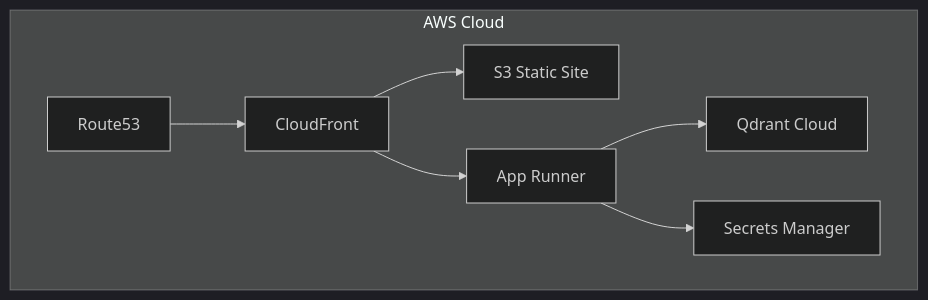
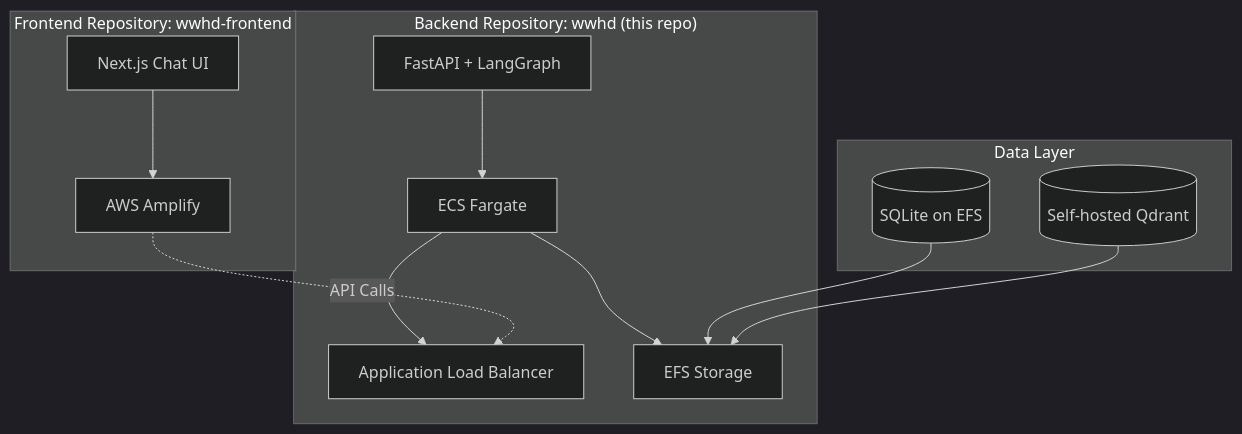
One commit to wbaxterh/wwhd changed the diagram in DEPLOYMENT.md. Above: the diagram before and after it, drawn with Mermaid (dark theme). The commit also changed other lines of this file and 7 other files, not shown here.

````diff
--- a/DEPLOYMENT.md
+++ b/DEPLOYMENT.md
@@ -7,17 +7,27 @@
 ```mermaid
 graph TB
-    subgraph "AWS Cloud"
-        R53[Route53]
-        CF[CloudFront]
-        S3[S3 Static Site]
-        AR[App Runner]
-        QC[Qdrant Cloud]
-        SM[Secrets Manager]
+    subgraph "Frontend Repository: wwhd-frontend"
+        NextJS[Next.js Chat UI]
+        Amplify[AWS Amplify]
     end
 
-    R53 --> CF
-    CF --> S3
-    CF --> AR
-    AR --> QC
-    AR --> SM
+    subgraph "Backend Repository: wwhd (this repo)"
+        FastAPI[FastAPI + LangGraph]
+        ECS[ECS Fargate]
+        ALB[Application Load Balancer]
+        EFS[EFS Storage]
+    end
+
+    subgraph "Data Layer"
+        SQLite[(SQLite on EFS)]
+        Qdrant[(Self-hosted Qdrant)]
+    end
+
+    NextJS --> Amplify
+    FastAPI --> ECS
+    ECS --> ALB
+    ECS --> EFS
+    SQLite --> EFS
+    Qdrant --> EFS
+    Amplify -.->|API Calls| ALB
 ```
````
